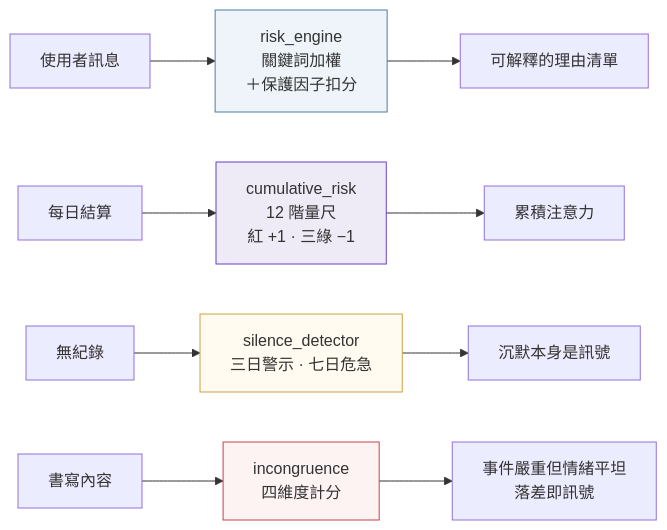
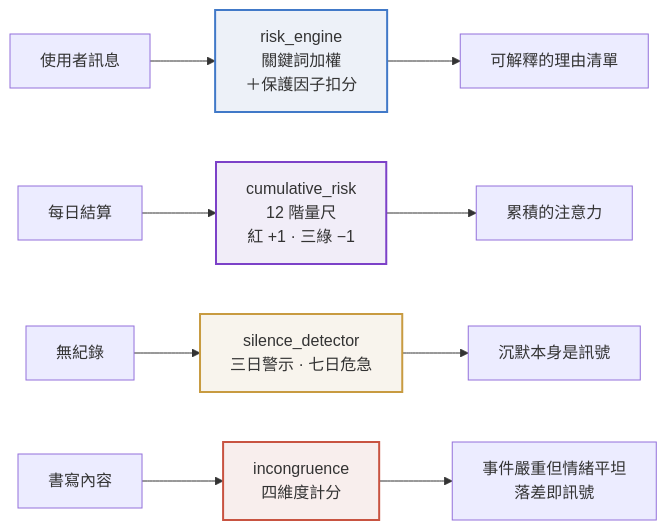
The second of 3 diagrams in README.zh-TW.md (acacapcs-star/lii), drawn with Mermaid before and after one commit. The commit also changed other lines of this file and 1 other file, not shown here.

Commit message:
docs: diagrams use the app palette, strictly bilingual

````diff
--- a/README.zh-TW.md
+++ b/README.zh-TW.md
@@ -575,19 +517,19 @@
 ```mermaid
 flowchart LR
     M["使用者訊息"] --> RE["risk_engine<br/>關鍵詞加權<br/>＋保護因子扣分"]
     RE --> RES["可解釋的理由清單"]
 
     D["每日結算"] --> CR["cumulative_risk<br/>12 階量尺<br/>紅 +1 · 三綠 −1"]
-    CR --> CRS["累積注意力"]
+    CR --> CRS["累積的注意力"]
 
     N["無紀錄"] --> SD["silence_detector<br/>三日警示 · 七日危急"]
     SD --> SDS["沉默本身是訊號"]
 
     W["書寫內容"] --> IC["incongruence<br/>四維度計分"]
     IC --> ICS["事件嚴重但情緒平坦<br/>落差即訊號"]
 
-    style RE fill:#eef4f9,stroke:#4a7fa5
-    style CR fill:#eeeaf6,stroke:#6a41c8
-    style SD fill:#fffbf0,stroke:#c8a341
-    style IC fill:#fdf3f3,stroke:#c84147
+    style RE fill:#EDF1F8,stroke:#4179C8,stroke-width:2px
+    style CR fill:#F1EDF8,stroke:#7C41C8,stroke-width:2px
+    style SD fill:#F8F4ED,stroke:#C89B41,stroke-width:2px
+    style IC fill:#F8EEED,stroke:#C85341,stroke-width:2px
 ```
````
